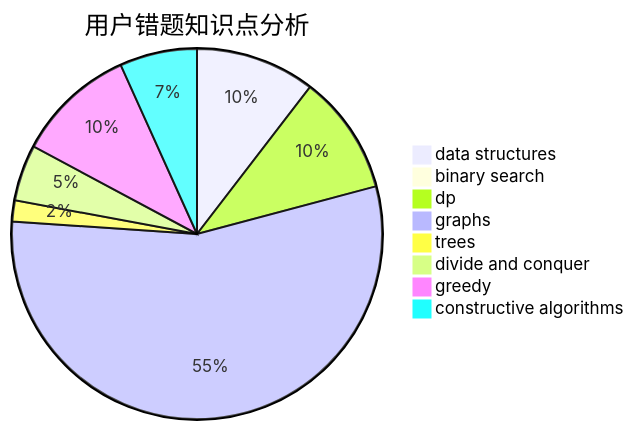
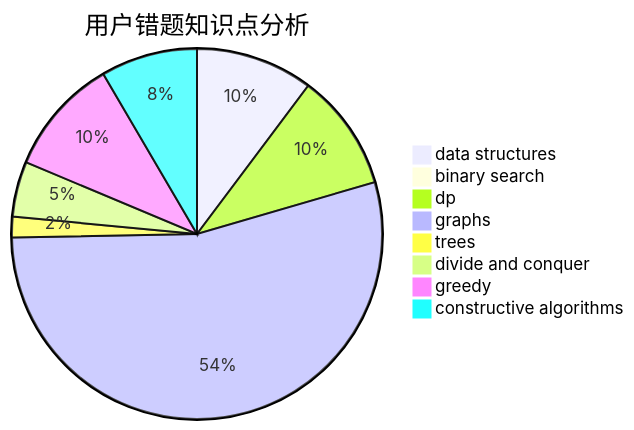
One commit to sherpahu/cfrs.github.io changed the third of 3 diagrams in docs/user/u1250.md. Above: the diagram before and after it, drawn with Mermaid. The commit also changed other lines of this file and 2770 other files, not shown here.

````diff
--- a/docs/user/u1250.md
+++ b/docs/user/u1250.md
@@ -36,11 +36,11 @@
 ```mermaid
 pie title 用户错题知识点分析
     "data structures" :  17
     "binary search" :  1
     "dp" :  17
     "graphs" :  90
     "trees" :  3
     "divide and conquer" :  8
     "greedy" :  17
-    "constructive algorithms" :  11
+    "constructive algorithms" :  14
 ```
````
